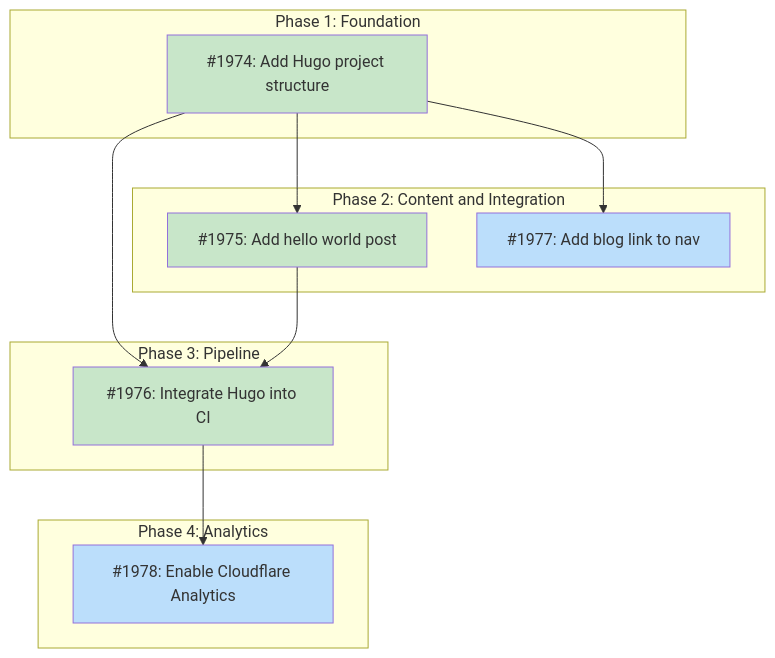
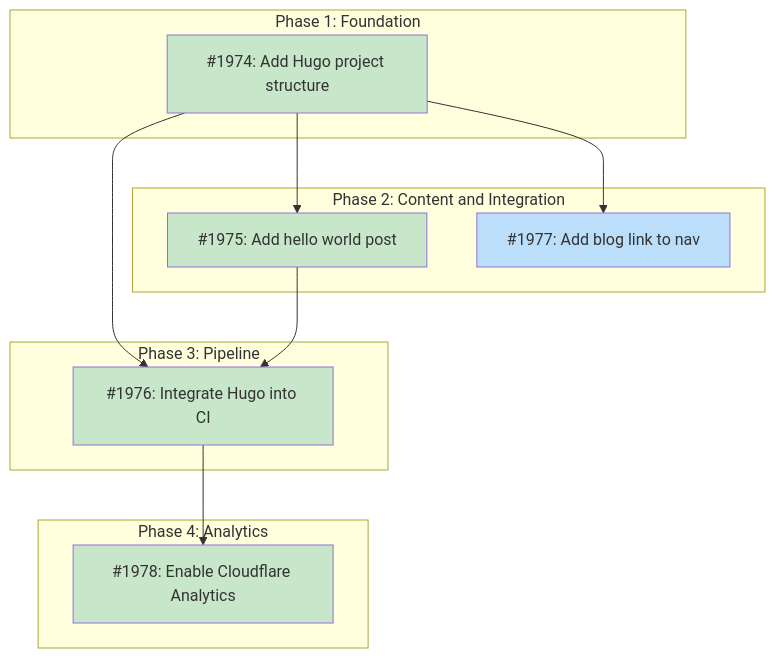
Before and after one commit to tsukumogami/tsuku: the diagram in docs/designs/DESIGN-blog-infrastructure.md, drawn with Mermaid. The commit also changed other lines of this file, not shown here.

Commit message:
docs(blog): mark #1978 as done in design doc
The #1978 issue (Cloudflare Web Analytics) is a manual dashboard
configuration with no code changes. Mark it done in the dependency
graph and strike through its table row.

````diff
--- a/docs/designs/DESIGN-blog-infrastructure.md
+++ b/docs/designs/DESIGN-blog-infrastructure.md
@@ -55,34 +55,34 @@
 ```mermaid
 graph TD
     subgraph Phase1["Phase 1: Foundation"]
         I1974["#1974: Add Hugo project structure"]
     end
 
     subgraph Phase2["Phase 2: Content and Integration"]
         I1975["#1975: Add hello world post"]
         I1977["#1977: Add blog link to nav"]
     end
 
     subgraph Phase3["Phase 3: Pipeline"]
         I1976["#1976: Integrate Hugo into CI"]
     end
 
     subgraph Phase4["Phase 4: Analytics"]
         I1978["#1978: Enable Cloudflare Analytics"]
     end
 
     I1974 --> I1975
     I1974 --> I1976
     I1974 --> I1977
     I1975 --> I1976
     I1976 --> I1978
 
     classDef done fill:#c8e6c9
     classDef ready fill:#bbdefb
     classDef blocked fill:#fff9c4
     classDef needsDesign fill:#e1bee7
     classDef tracksDesign fill:#FFE0B2,stroke:#F57C00,color:#000
 
-    class I1974,I1975,I1976 done
-    class I1977,I1978 ready
+    class I1974,I1975,I1976,I1978 done
+    class I1977 ready
 ```
````
